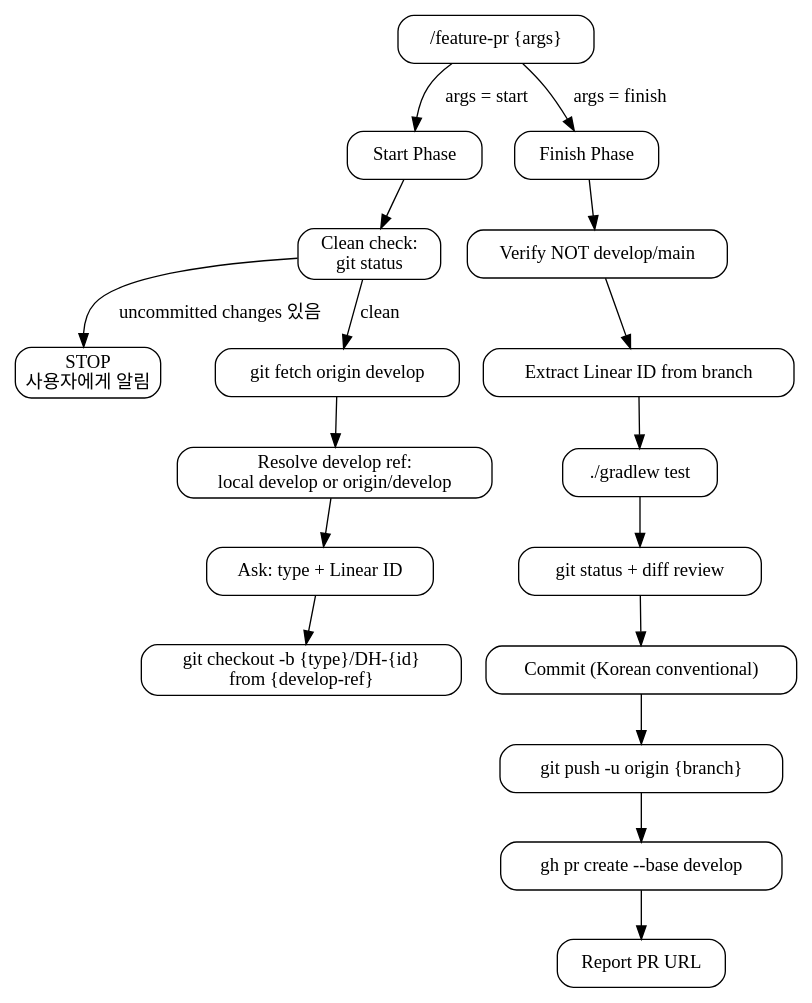
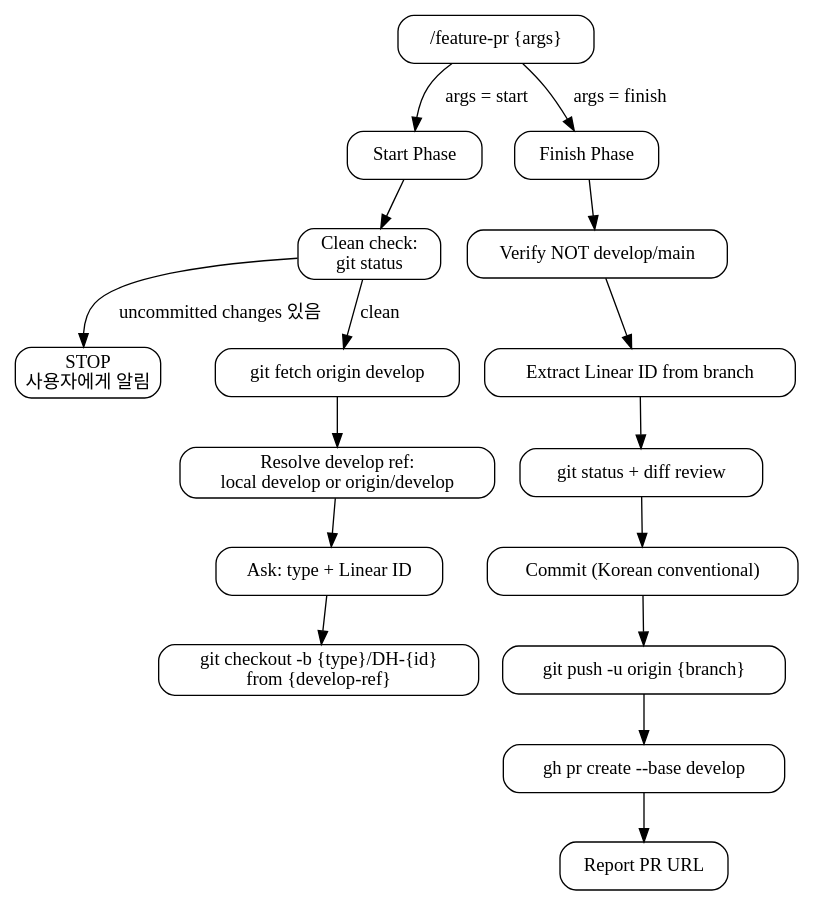
One commit to DH-Crew/On-Dot_BE changed the diagram in .claude/skills/feature-pr/SKILL.md. Above: the diagram before and after it, drawn with Graphviz. The commit also changed other lines of this file, not shown here.

````diff
--- a/.claude/skills/feature-pr/SKILL.md
+++ b/.claude/skills/feature-pr/SKILL.md
@@ -12,35 +12,34 @@
 ```dot
 digraph feature_pr {
   rankdir=TB
   node [shape=box style=rounded]
 
   entry [label="/feature-pr {args}"]
   start [label="Start Phase"]
   finish [label="Finish Phase"]
 
   entry -> start [label="args = start"]
   entry -> finish [label="args = finish"]
 
   start -> s0 [label=""]
   s0 [label="Clean check:\ngit status"]
   s0_fail [label="STOP\n사용자에게 알림"]
   s1 [label="git fetch origin develop"]
   s2 [label="Resolve develop ref:\nlocal develop or origin/develop"]
   s3 [label="Ask: type + Linear ID"]
   s4 [label="git checkout -b {type}/DH-{id}\nfrom {develop-ref}"]
   s0 -> s0_fail [label="uncommitted changes 있음"]
   s0 -> s1 [label="clean"]
   s1 -> s2 -> s3 -> s4
 
   finish -> f1 [label=""]
   f1 [label="Verify NOT develop/main"]
   f2 [label="Extract Linear ID from branch"]
-  f3 [label="./gradlew test"]
-  f4 [label="git status + diff review"]
-  f5 [label="Commit (Korean conventional)"]
-  f6 [label="git push -u origin {branch}"]
-  f7 [label="gh pr create --base develop"]
-  f8 [label="Report PR URL"]
-  f1 -> f2 -> f3 -> f4 -> f5 -> f6 -> f7 -> f8
+  f3 [label="git status + diff review"]
+  f4 [label="Commit (Korean conventional)"]
+  f5 [label="git push -u origin {branch}"]
+  f6 [label="gh pr create --base develop"]
+  f7 [label="Report PR URL"]
+  f1 -> f2 -> f3 -> f4 -> f5 -> f6 -> f7
 }
 ```
````
